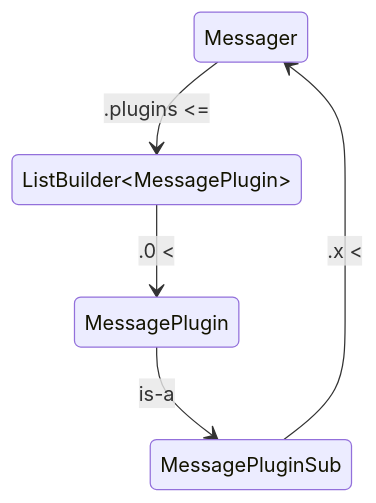
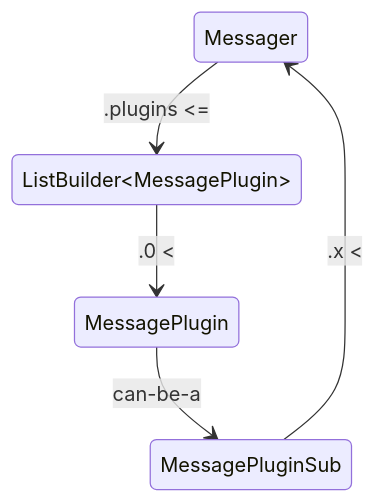
One commit to temperlang/rfcs changed the ninth of 12 diagrams in rfcs/659-memory-management/README.md. Above: the diagram before and after it, drawn with Mermaid. The commit also changed other lines of this file, not shown here.

````diff
--- a/rfcs/659-memory-management/README.md
+++ b/rfcs/659-memory-management/README.md
@@ -605,8 +867,8 @@
 ```mermaid
 stateDiagram-v2
   Messager --> ListBuilderMessagePlugin : .plugins #lt;=
   ListBuilderMessagePlugin : ListBuilder#lt;MessagePlugin#gt;
   ListBuilderMessagePlugin --> MessagePlugin : .0 #lt;
-  MessagePlugin --> MessagePluginSub : is-a
+  MessagePlugin --> MessagePluginSub : can-be-a
   MessagePluginSub --> Messager : .x #lt;
 ```
````
